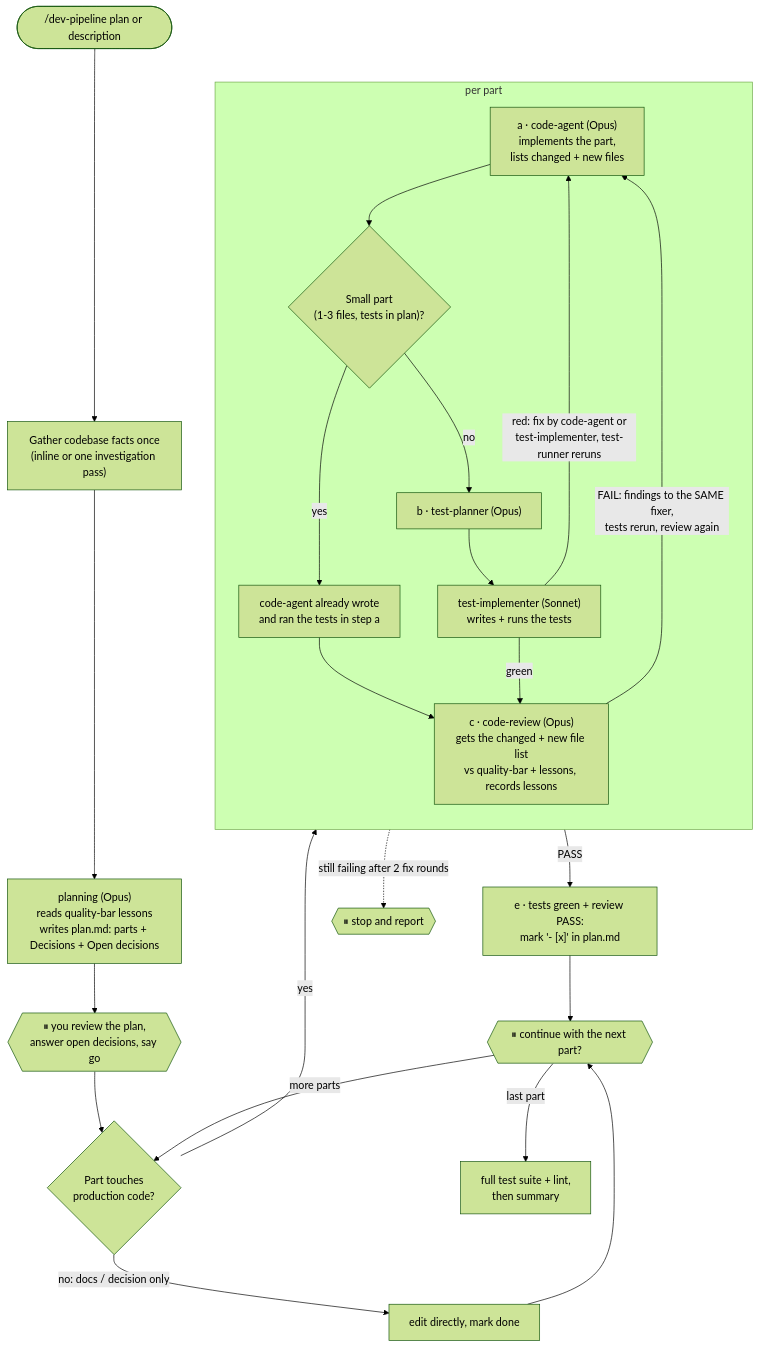
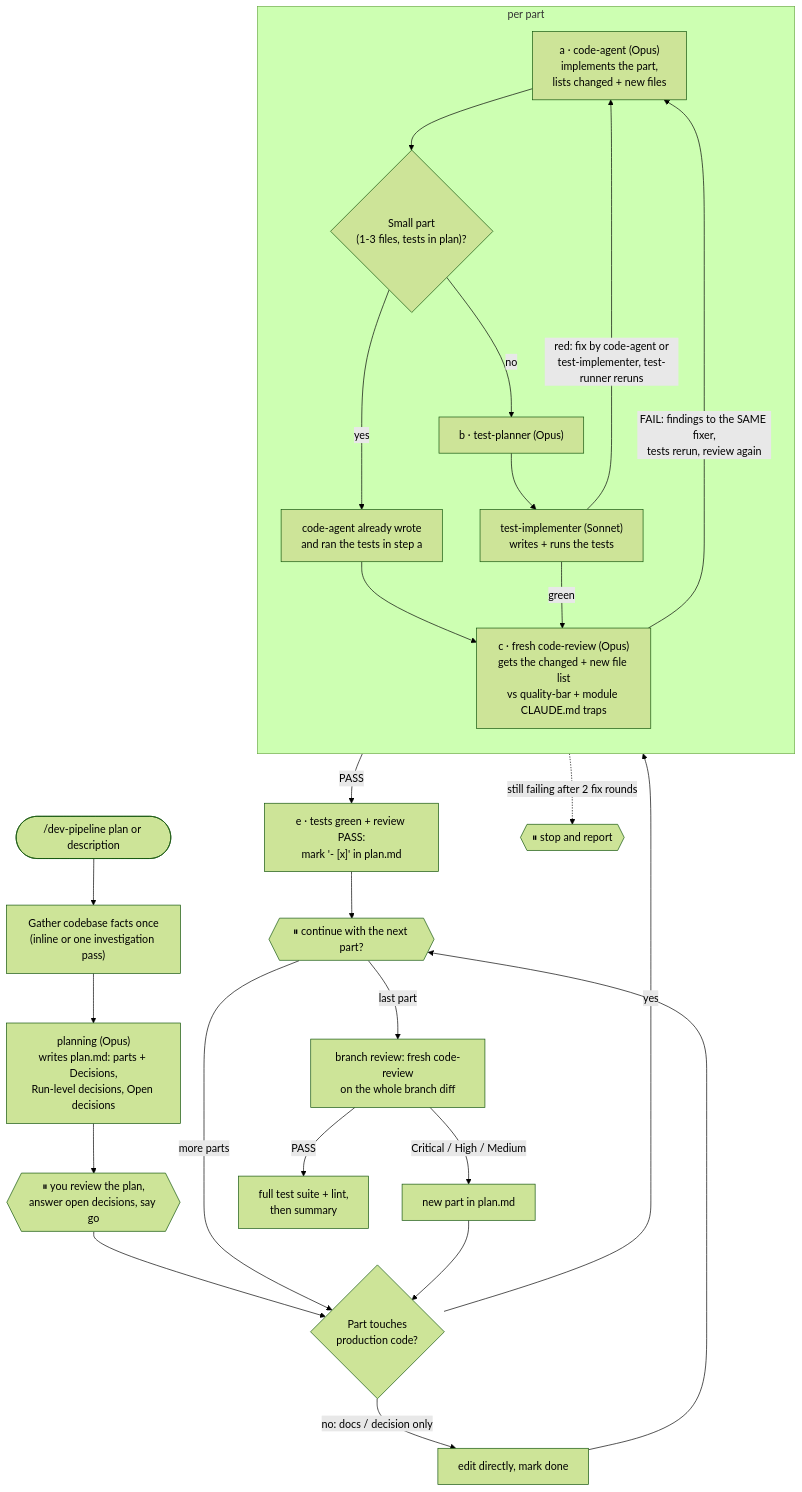
Before and after one commit to mxrpr/dev-pipeline-kit: the diagram in docs/dev-pipeline.md, drawn with Mermaid (forest theme). The commit also changed other lines of this file and 17 other files, not shown here.

````diff
--- a/docs/dev-pipeline.md
+++ b/docs/dev-pipeline.md
@@ -14,28 +14,30 @@
 ```mermaid
 flowchart TD
     IN(["/dev-pipeline plan or description"]) --> INV["Gather codebase facts once<br/>(inline or one investigation pass)"]
-    INV --> PL["planning (Opus)<br/>reads quality-bar lessons<br/>writes plan.md: parts + Decisions + Open decisions"]
+    INV --> PL["planning (Opus)<br/>writes plan.md: parts + Decisions,<br/>Run-level decisions, Open decisions"]
     PL --> G1{{"⏸ you review the plan,<br/>answer open decisions, say go"}}
     G1 --> FAST{"Part touches<br/>production code?"}
 
     FAST -->|"no: docs / decision only"| EDIT["edit directly, mark done"]
     FAST -->|yes| IMP
 
     subgraph PART [" per part "]
         direction TB
         IMP["a · code-agent (Opus)<br/>implements the part,<br/>lists changed + new files"] --> SMALL{"Small part<br/>(1-3 files, tests in plan)?"}
         SMALL -->|yes| INL["code-agent already wrote<br/>and ran the tests in step a"]
         SMALL -->|no| TP["b · test-planner (Opus)"] --> TI["test-implementer (Sonnet)<br/>writes + runs the tests"]
         TI -->|"red: fix by code-agent or<br/>test-implementer, test-runner reruns"| IMP
         INL --> REV
-        TI -->|green| REV["c · code-review (Opus)<br/>gets the changed + new file list<br/>vs quality-bar + lessons, records lessons"]
+        TI -->|green| REV["c · fresh code-review (Opus)<br/>gets the changed + new file list<br/>vs quality-bar + module CLAUDE.md traps"]
         REV -->|"FAIL: findings to the SAME fixer,<br/>tests rerun, review again"| IMP
     end
 
     REV -->|PASS| DONE["e · tests green + review PASS:<br/>mark '- [x]' in plan.md"]
     EDIT --> NEXT
     DONE --> NEXT{{"⏸ continue with the next part?"}}
     NEXT -->|"more parts"| FAST
-    NEXT -->|"last part"| END["full test suite + lint,<br/>then summary"]
+    NEXT -->|"last part"| BR["branch review: fresh code-review<br/>on the whole branch diff"]
+    BR -->|"Critical / High / Medium"| NEWP["new part in plan.md"] --> FAST
+    BR -->|PASS| END["full test suite + lint,<br/>then summary"]
     PART -. "still failing after 2 fix rounds" .-> STOP{{"⏸ stop and report"}}
 ```
````
